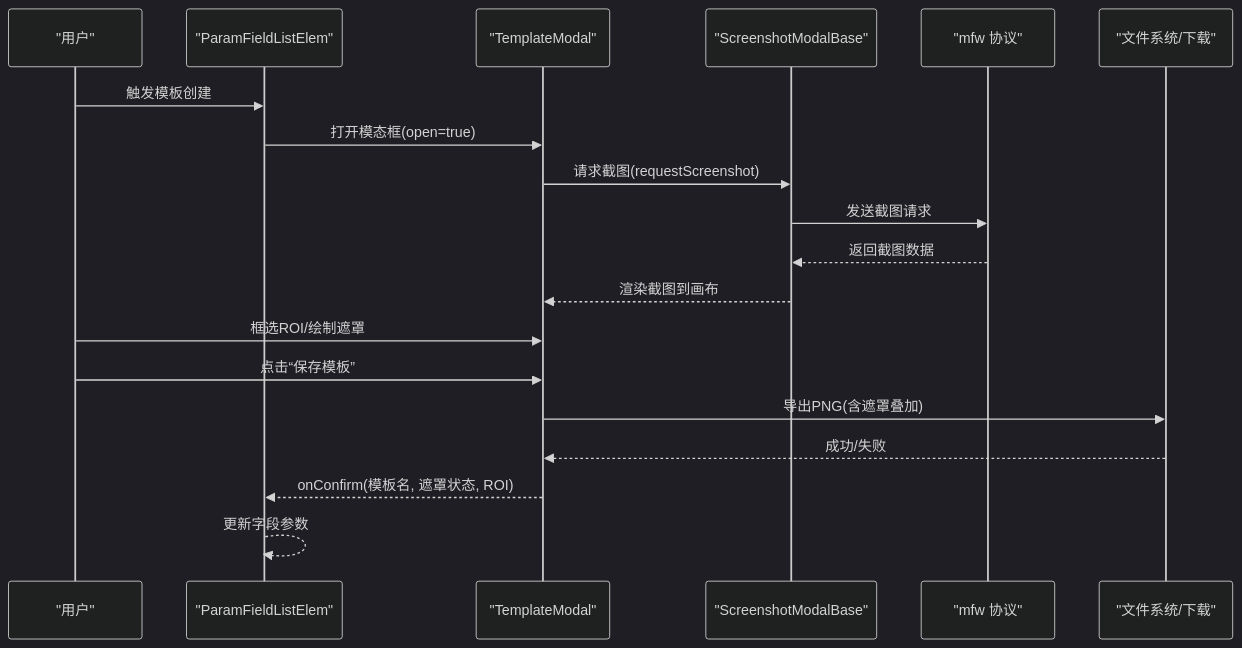
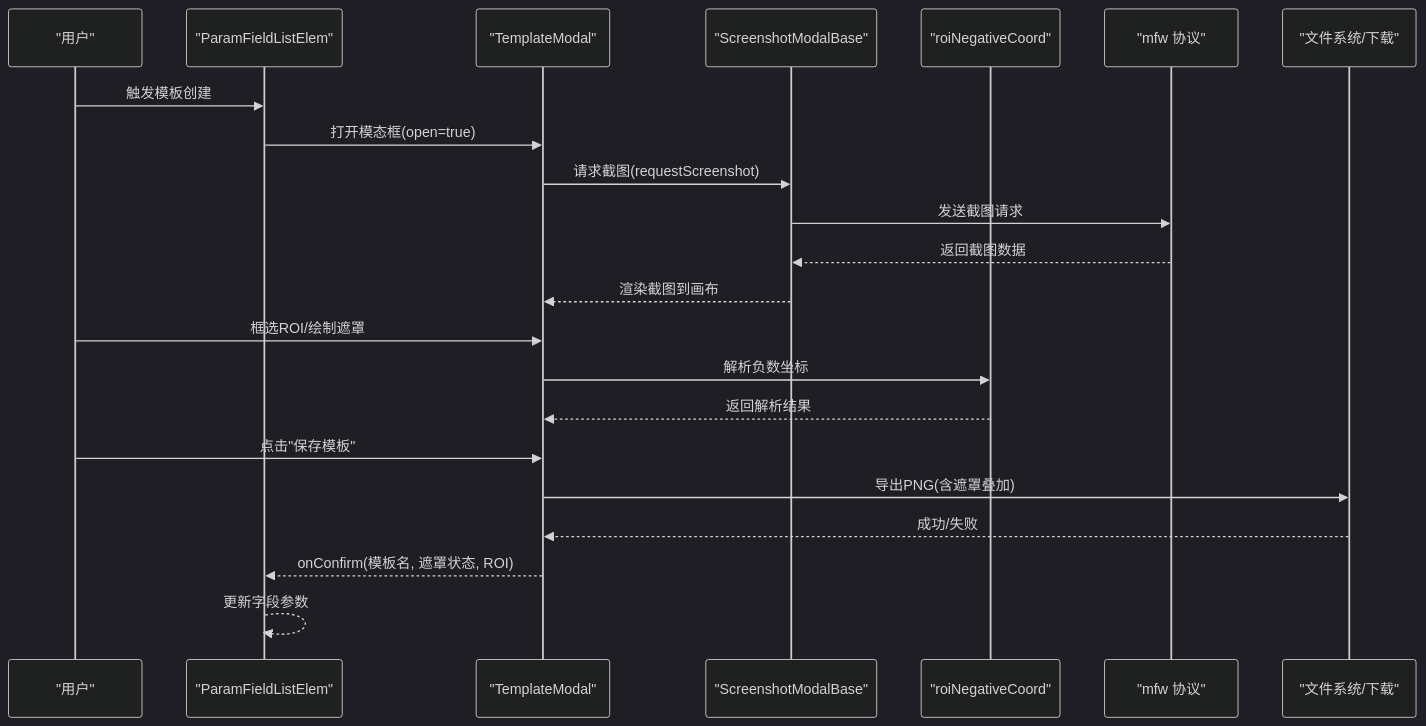
One commit to kqcoxn/MaaPipelineEditor changed the second of 4 diagrams in .qoder/repowiki/zh/content/核心概念/模板创建模态框.md. Above: the diagram before and after it, drawn with Mermaid (dark theme). The commit also changed other lines of this file and 9 other files, not shown here.

````diff
--- a/.qoder/repowiki/zh/content/核心概念/模板创建模态框.md
+++ b/.qoder/repowiki/zh/content/核心概念/模板创建模态框.md
@@ -105,21 +124,24 @@
 ```mermaid
 sequenceDiagram
 participant U as "用户"
 participant PFLE as "ParamFieldListElem"
 participant TM as "TemplateModal"
 participant SMB as "ScreenshotModalBase"
+participant RNC as "roiNegativeCoord"
 participant MFW as "mfw 协议"
 participant FS as "文件系统/下载"
 U->>PFLE : 触发模板创建
 PFLE->>TM : 打开模态框(open=true)
 TM->>SMB : 请求截图(requestScreenshot)
 SMB->>MFW : 发送截图请求
 MFW-->>SMB : 返回截图数据
 SMB-->>TM : 渲染截图到画布
 U->>TM : 框选ROI/绘制遮罩
-U->>TM : 点击“保存模板”
+TM->>RNC : 解析负数坐标
+RNC-->>TM : 返回解析结果
+U->>TM : 点击"保存模板"
 TM->>FS : 导出PNG(含遮罩叠加)
 FS-->>TM : 成功/失败
 TM-->>PFLE : onConfirm(模板名, 遮罩状态, ROI)
 PFLE-->>PFLE : 更新字段参数
 ```
````
